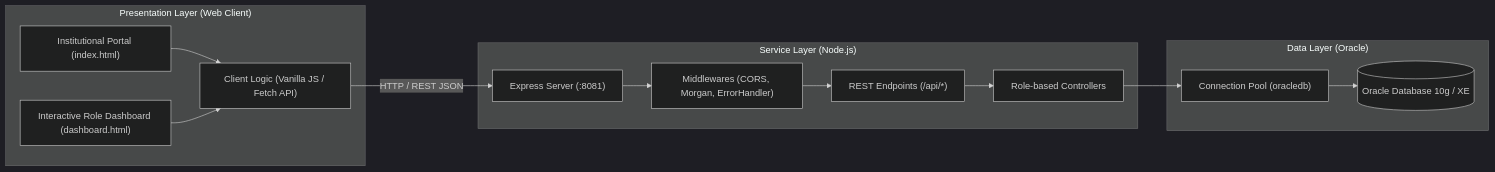
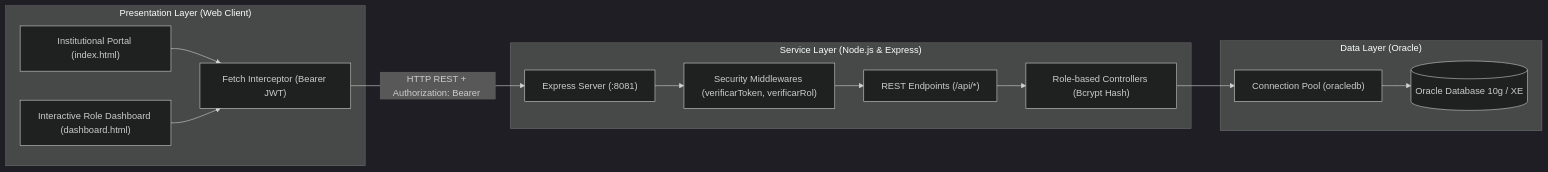
The diagram in README.md (FlipSv/sigpa-web), drawn with Mermaid (dark theme) before and after one commit. The commit also changed other lines of this file and 19 other files, not shown here.

Commit message:
feat(security): implementar cifrado bcrypt, autenticación JWT y documentación bilingüe

````diff
--- a/README.md
+++ b/README.md
@@ -19,26 +26,26 @@
 ```mermaid
 graph LR
     subgraph Frontend["Presentation Layer (Web Client)"]
         UI["Institutional Portal (index.html)"]
         DASH["Interactive Role Dashboard (dashboard.html)"]
-        JS["Client Logic (Vanilla JS / Fetch API)"]
+        INTERCEPTOR["Fetch Interceptor (Bearer JWT)"]
     end
 
-    subgraph Backend["Service Layer (Node.js)"]
+    subgraph Backend["Service Layer (Node.js & Express)"]
         EXP["Express Server (:8081)"]
-        MW["Middlewares (CORS, Morgan, ErrorHandler)"]
+        AUTH_MW["Security Middlewares (verificarToken, verificarRol)"]
         ROUTES["REST Endpoints (/api/*)"]
-        CTRL["Role-based Controllers"]
+        CTRL["Role-based Controllers (Bcrypt Hash)"]
     end
 
     subgraph Database["Data Layer (Oracle)"]
         POOL["Connection Pool (oracledb)"]
         ORACLE[("Oracle Database 10g / XE")]
     end
 
-    UI --> JS
-    DASH --> JS
-    JS -->|"HTTP / REST JSON"| EXP
-    EXP --> MW --> ROUTES --> CTRL
+    UI --> INTERCEPTOR
+    DASH --> INTERCEPTOR
+    INTERCEPTOR -->|"HTTP REST + Authorization: Bearer <token>"| EXP
+    EXP --> AUTH_MW --> ROUTES --> CTRL
     CTRL --> POOL --> ORACLE
 ```
````
